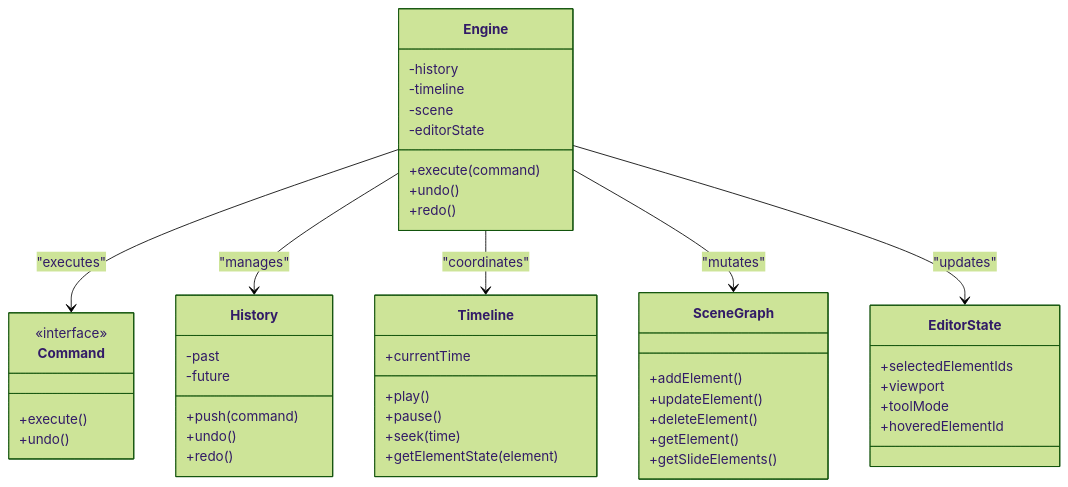
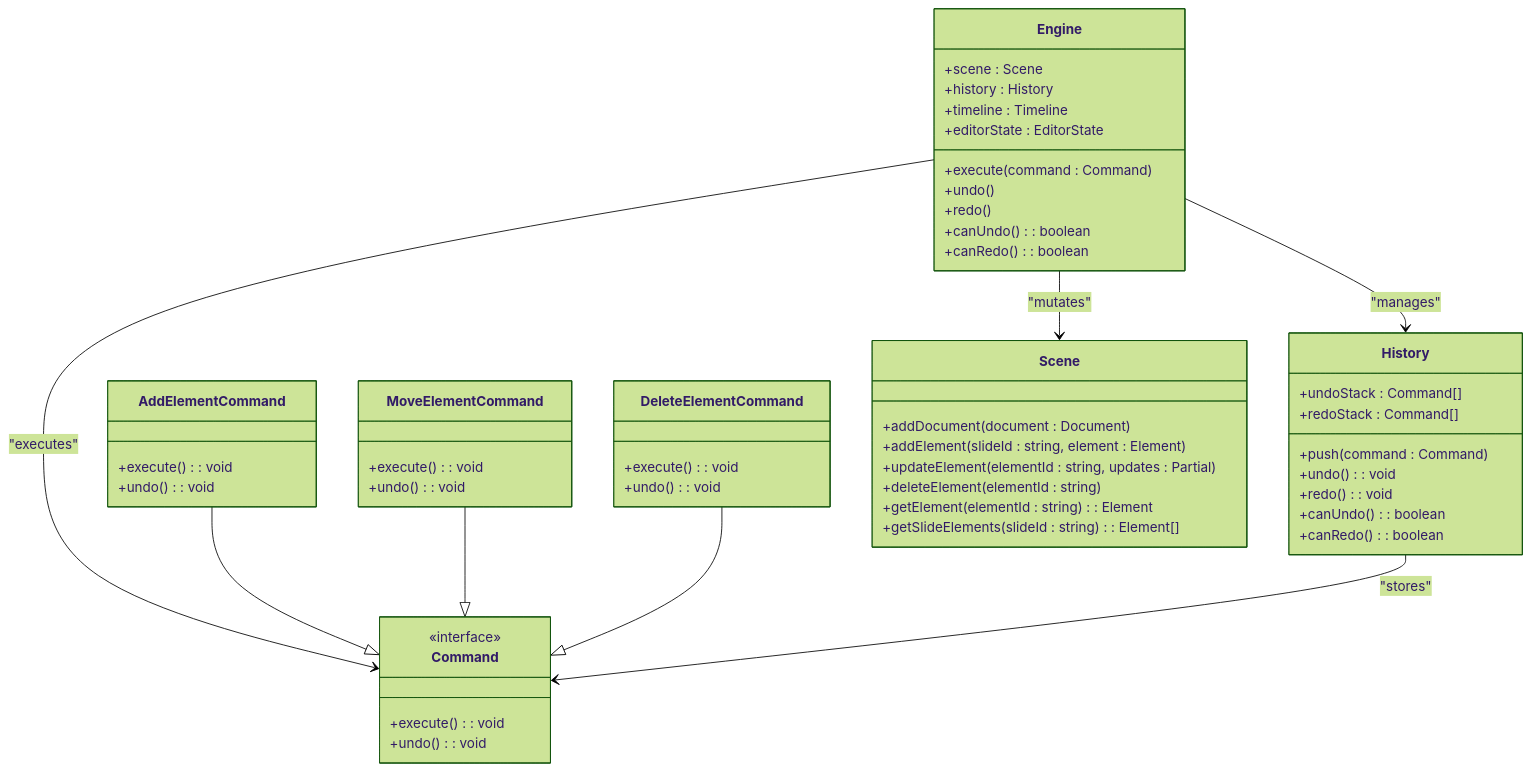
One commit to Anna0314zy/ai_editor_enginer changed the second of 3 diagrams in .qoder/repowiki/en/content/Core Engine System/Command Pattern System.md. Above: the diagram before and after it, drawn with Mermaid (forest theme). The commit also changed other lines of this file and 41 other files, not shown here.

````diff
--- a/.qoder/repowiki/en/content/Core Engine System/Command Pattern System.md
+++ b/.qoder/repowiki/en/content/Core Engine System/Command Pattern System.md
@@ -99,49 +125,55 @@
 ```mermaid
 classDiagram
 class Engine {
-+execute(command)
++scene : Scene
++history : History
++timeline : Timeline
++editorState : EditorState
++execute(command : Command)
 +undo()
 +redo()
--history
--timeline
--scene
--editorState
++canUndo() : boolean
++canRedo() : boolean
 }
 class Command {
 <<interface>>
-+execute()
-+undo()
++execute() : void
++undo() : void
+}
+class AddElementCommand {
++execute() : void
++undo() : void
+}
+class MoveElementCommand {
++execute() : void
++undo() : void
+}
+class DeleteElementCommand {
++execute() : void
++undo() : void
 }
 class History {
--past
--future
-+push(command)
-+undo()
-+redo()
++undoStack : Command[]
++redoStack : Command[]
++push(command : Command)
++undo() : void
++redo() : void
++canUndo() : boolean
++canRedo() : boolean
 }
-class Timeline {
-+currentTime
-+play()
-+pause()
-+seek(time)
-+getElementState(element)
-}
-class SceneGraph {
-+addElement()
-+updateElement()
-+deleteElement()
-+getElement()
-+getSlideElements()
-}
-class EditorState {
-+selectedElementIds
-+viewport
-+toolMode
-+hoveredElementId
+class Scene {
++addDocument(document : Document)
++addElement(slideId : string, element : Element)
++updateElement(elementId : string, updates : Partial)
++deleteElement(elementId : string)
++getElement(elementId : string) : Element
++getSlideElements(slideId : string) : Element[]
 }
 Engine --> Command : "executes"
 Engine --> History : "manages"
-Engine --> Timeline : "coordinates"
-Engine --> SceneGraph : "mutates"
-Engine --> EditorState : "updates"
+Engine --> Scene : "mutates"
+AddElementCommand --|> Command
+MoveElementCommand --|> Command
+DeleteElementCommand --|> Command
+History --> Command : "stores"
 ```
````
